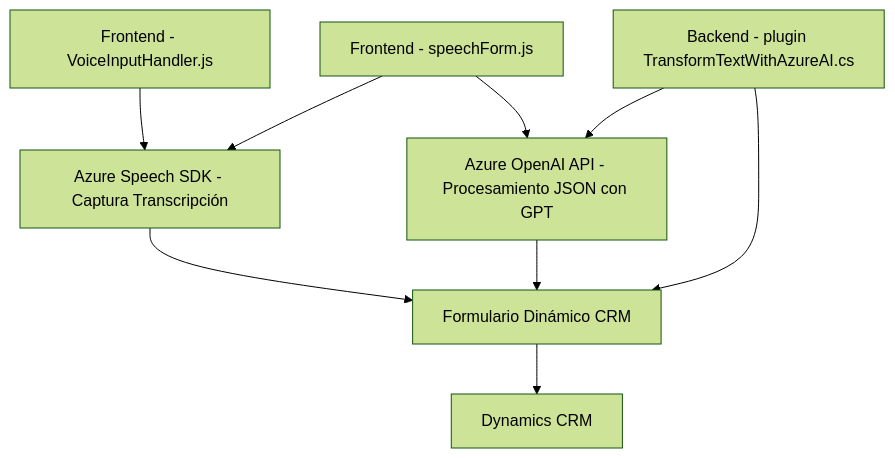
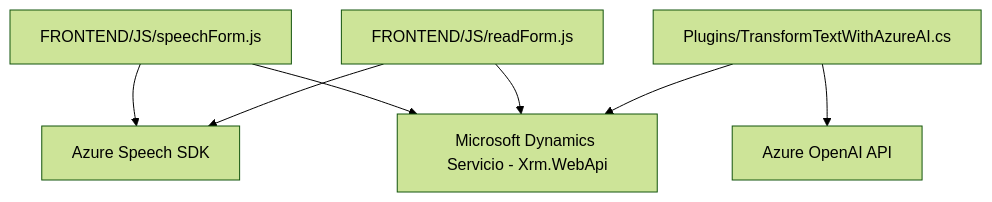
One commit to blopezdm/NETCORE_BILBAO2025 changed the diagram in README.md. Above: the diagram before and after it, drawn with Mermaid (forest theme). The commit also changed other lines of this file, not shown here.

Commit message:
Actualizar análisis global de la solución con IA

````diff
--- a/README.md
+++ b/README.md
@@ -39,19 +36,16 @@
 ```mermaid
 graph TD
-   A["Frontend - VoiceInputHandler.js"]
-   B["Frontend - speechForm.js"]
-   C["Backend - plugin TransformTextWithAzureAI.cs"]
-   D["Azure Speech SDK - Captura Transcripción"]
-   E["Azure OpenAI API - Procesamiento JSON con GPT"]
-   F["Dynamics CRM"]
-   G["Formulario Dinámico CRM"]
+    SpeechFormJS["FRONTEND/JS/speechForm.js"]
+    ReadFormJS["FRONTEND/JS/readForm.js"]
+    AzureSpeechSDK["Azure Speech SDK"]
+    CRMFrontend["Microsoft Dynamics Servicio - Xrm.WebApi"]
+    PluginAzureAI["Plugins/TransformTextWithAzureAI.cs"]
+    AzureOpenAI["Azure OpenAI API"]
 
-   A --> D
-   B --> D
-   D --> G
-   B --> E
-   E --> G
-   G --> F
-   C --> G
-   C --> E
+    SpeechFormJS --> AzureSpeechSDK
+    SpeechFormJS --> CRMFrontend
+    ReadFormJS --> AzureSpeechSDK
+    ReadFormJS --> CRMFrontend
+    PluginAzureAI --> AzureOpenAI
+    PluginAzureAI --> CRMFrontend
 ```
````
